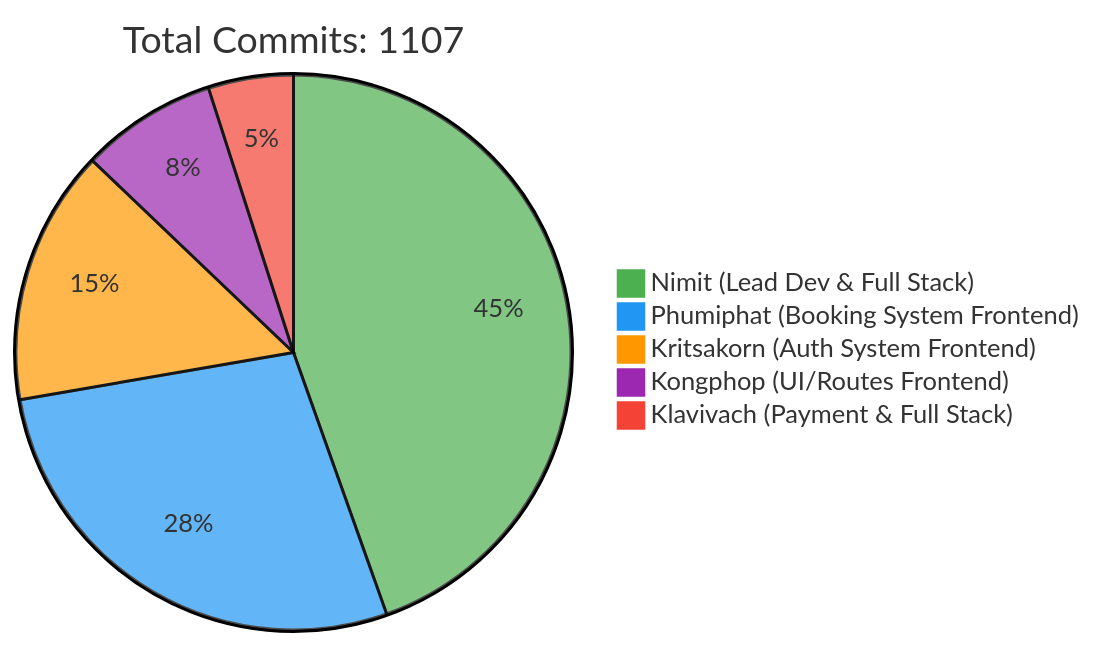
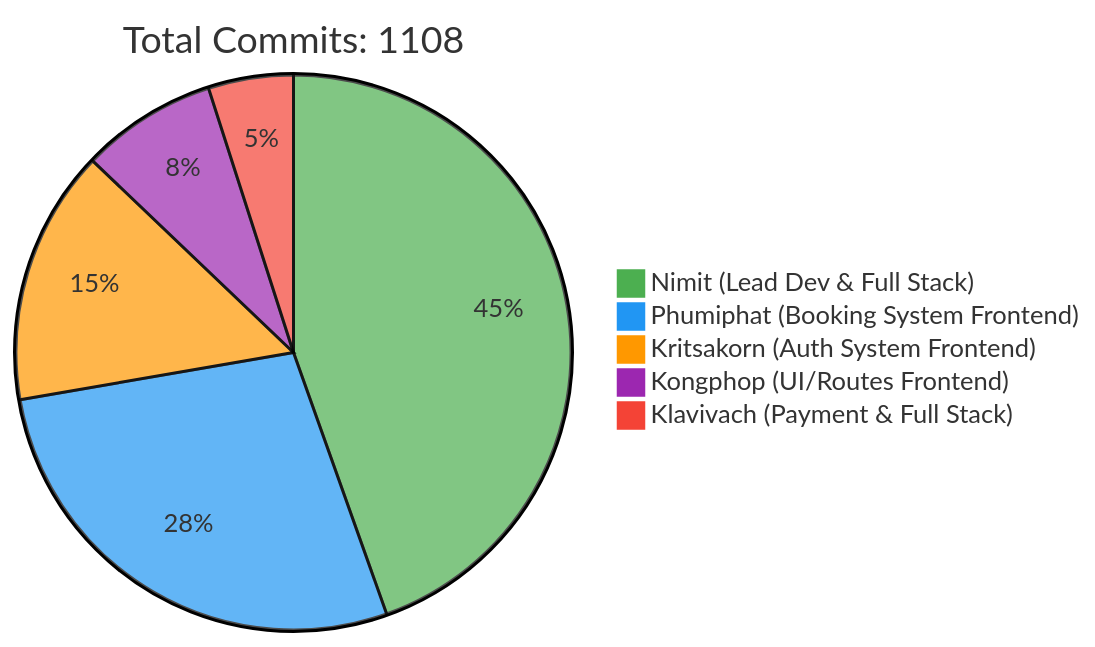
Before and after one commit to 6531503042/Sport-Complex: the first of 2 diagrams in README.md, drawn with Mermaid. The commit also changed other lines of this file, not shown here.

Commit message:
docs: Update contributor statistics [skip ci]

````diff
--- a/README.md
+++ b/README.md
@@ -257,10 +257,10 @@
 ```mermaid
 %%{init: {'theme': 'base', 'themeVariables': { 'pie1': '#4CAF50', 'pie2': '#2196F3', 'pie3': '#FF9800', 'pie4': '#9C27B0', 'pie5': '#F44336'}}}%%
 pie
-    title Total Commits: 1107
+    title Total Commits: 1108
     "Nimit (Lead Dev & Full Stack)" : 450
     "Phumiphat (Booking System Frontend)" : 280
     "Kritsakorn (Auth System Frontend)" : 150
     "Kongphop (UI/Routes Frontend)" : 80
     "Klavivach (Payment & Full Stack)" : 50
 ```
````
